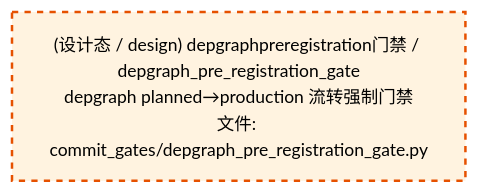
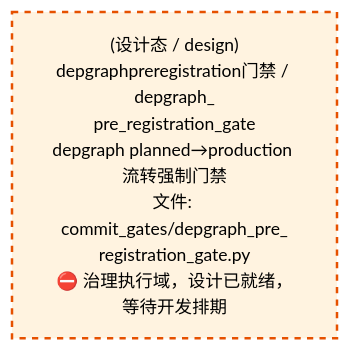
The third of 4 diagrams in docs/02_enterprise_architecture/02_domain_architecture_docs/53_d_gov_enforcement.md (xuanFelixVan/ZephyrAlpha), drawn with Mermaid before and after one commit. The commit also changed other lines of this file and 59 other files, not shown here.

````diff
--- a/docs/02_enterprise_architecture/02_domain_architecture_docs/53_d_gov_enforcement.md
+++ b/docs/02_enterprise_architecture/02_domain_architecture_docs/53_d_gov_enforcement.md
@@ -342,10 +342,10 @@
 ```mermaid
 %%{init: {'theme': 'base', 'themeVariables': {'primaryColor': '#eaeaea', 'primaryTextColor': '#333333', 'primaryBorderColor': '#666666', 'lineColor': '#666666', 'secondaryColor': '#eaeaea', 'tertiaryColor': '#eaeaea', 'fontSize': '14px'}}}%%
 flowchart TD
-    src_zephyr_gov_enforcement_commit_gates_depgraph_pre_registration_gate_py["(设计态 / design) depgraphpreregistration门禁 / depgraph_pre_registration_gate<br/>depgraph planned→production 流转强制门禁<br/>文件: commit_gates/depgraph_pre_registration_gate.py"]
+    src_zephyr_gov_enforcement_commit_gates_depgraph_pre_registration_gate_py["(设计态 / design)<br/>depgraphpreregistration门禁 / depgraph_<br/>pre_registration_gate<br/>depgraph planned→production 流转强制门禁<br/>文件: commit_gates/depgraph_pre_<br/>registration_gate.py<br/>⛔ 治理执行域，设计已就绪，等待开发排期"]
     classDef production fill:#e1f5fe,stroke:#01579b,stroke-width:2px,color:#000
     classDef design fill:#fff3e0,stroke:#e65100,stroke-width:2px,color:#000,stroke-dasharray: 5 5
     classDef external_prod fill:#e8f4fd,stroke:#0277bd,stroke-width:1px,color:#000
     classDef external_design fill:#fff8e7,stroke:#ef6c00,stroke-width:1px,color:#000,stroke-dasharray: 5 5
     class src_zephyr_gov_enforcement_commit_gates_depgraph_pre_registration_gate_py design
 ```
````
